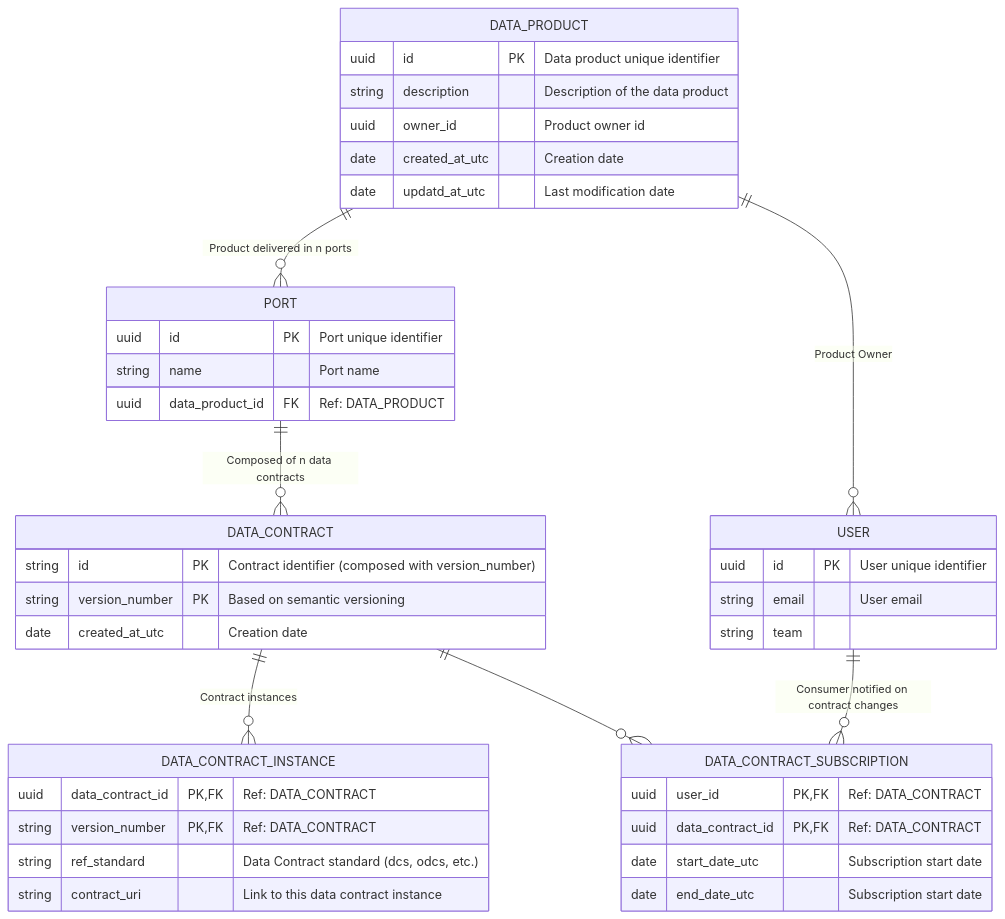
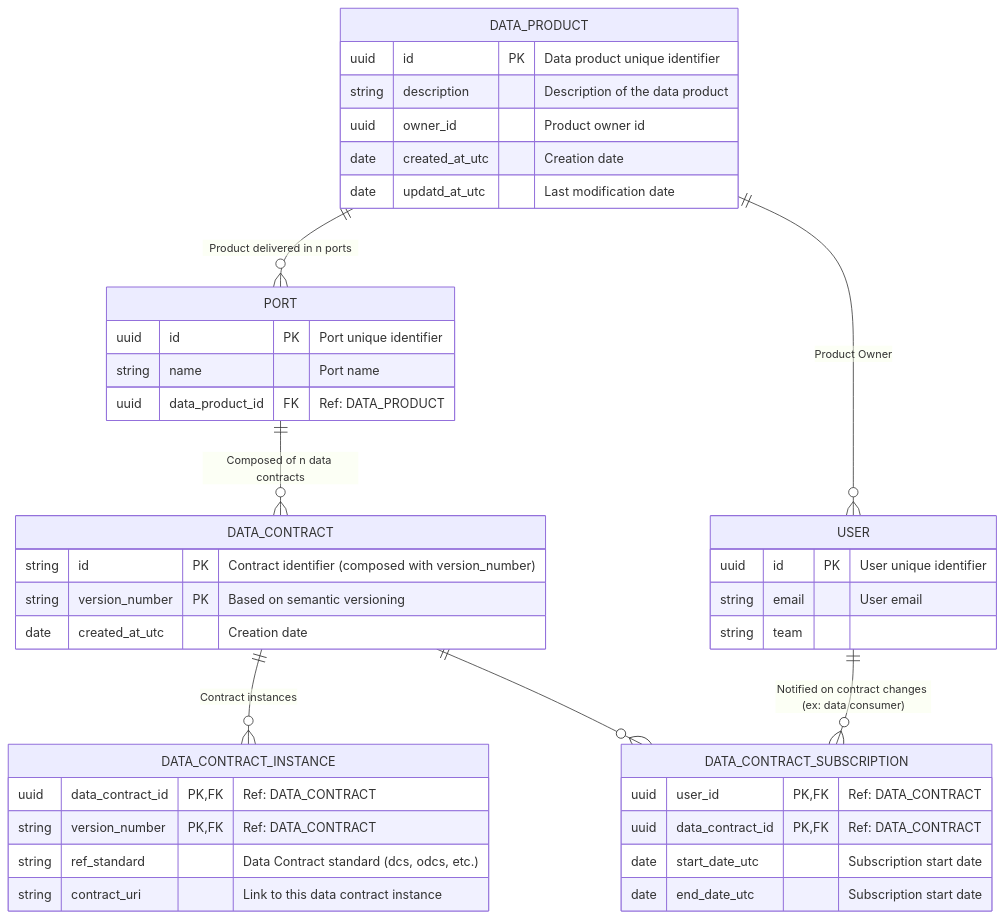
The diagram in docs/relational_model.md (monmaya/base-impl), drawn with Mermaid before and after one commit.

````diff
--- a/docs/relational_model.md
+++ b/docs/relational_model.md
@@ -5,53 +5,53 @@
 ```mermaid
 
 erDiagram
 
     DATA_PRODUCT {
         uuid id PK "Data product unique identifier"
         string description "Description of the data product"
         uuid owner_id "Product owner id"
         date created_at_utc "Creation date"
         date updatd_at_utc "Last modification date"
     }
 
     PORT {
         uuid id PK "Port unique identifier"
         string name "Port name"
         uuid data_product_id FK "Ref: DATA_PRODUCT"
     }
 
     DATA_CONTRACT {
         string id PK "Contract identifier (composed with version_number)"
         string version_number PK "Based on semantic versioning"
         date created_at_utc "Creation date"
     }
 
     DATA_CONTRACT_INSTANCE {
         uuid data_contract_id PK, FK "Ref: DATA_CONTRACT"
         string version_number PK, FK "Ref: DATA_CONTRACT"
         string ref_standard "Data Contract standard (dcs, odcs, etc.)"
         string contract_uri "Link to this data contract instance"
     }
     
     DATA_CONTRACT_SUBSCRIPTION {
         uuid user_id PK, FK "Ref: DATA_CONTRACT"
         uuid data_contract_id PK, FK "Ref: DATA_CONTRACT"
         date start_date_utc "Subscription start date"
         date end_date_utc "Subscription start date"
     }
 
     USER {
         uuid id PK "User unique identifier"
         string email "User email"
         string team
     }
 
     DATA_PRODUCT ||--o{ PORT : "Product delivered in n ports"
     DATA_PRODUCT ||--o{ USER : "Product Owner"
     PORT ||--o{ DATA_CONTRACT : "Composed of n data contracts"
     DATA_CONTRACT ||--o{ DATA_CONTRACT_INSTANCE : "Contract instances"
     DATA_CONTRACT ||--o{ DATA_CONTRACT_SUBSCRIPTION : ""
-    USER ||--o{ DATA_CONTRACT_SUBSCRIPTION : "Consumer notified on contract changes"
+    USER ||--o{ DATA_CONTRACT_SUBSCRIPTION : "Notified on contract changes (ex: data consumer)"
 
 
   ```
````
